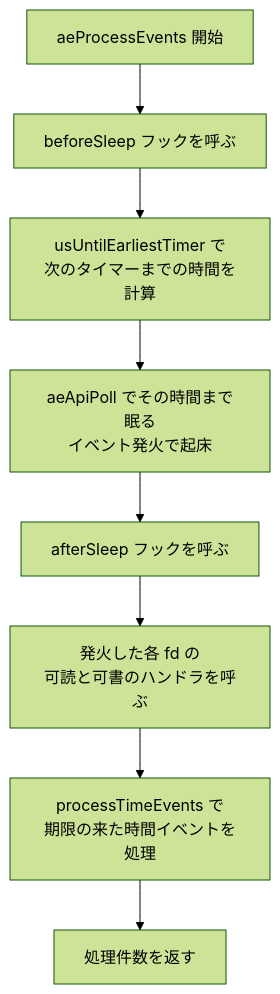
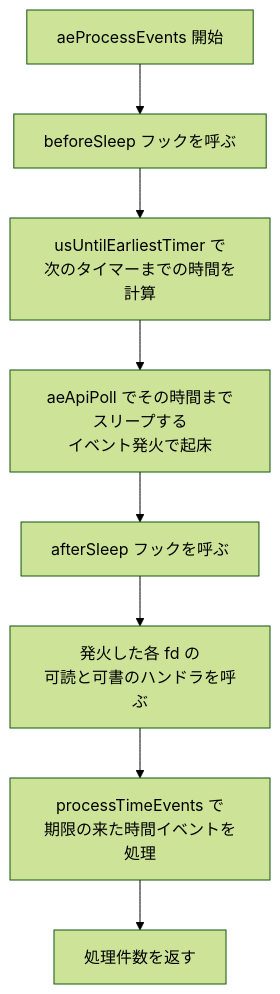
One commit to miyamadoKL/source-code-reading changed the diagram in valkey/part04-server-events/24-event-loop.md. Above: the diagram before and after it, drawn with Mermaid (forest theme). The commit also changed other lines of this file and 4 other files, not shown here.

````diff
--- a/valkey/part04-server-events/24-event-loop.md
+++ b/valkey/part04-server-events/24-event-loop.md
@@ -253,10 +253,10 @@
 ```mermaid
 flowchart TD
     A[aeProcessEvents 開始] --> B[beforeSleep フックを呼ぶ]
     B --> C[usUntilEarliestTimer で<br/>次のタイマーまでの時間を計算]
-    C --> D[aeApiPoll でその時間まで眠る<br/>イベント発火で起床]
+    C --> D[aeApiPoll でその時間までスリープする<br/>イベント発火で起床]
     D --> E[afterSleep フックを呼ぶ]
     E --> F[発火した各 fd の<br/>可読と可書のハンドラを呼ぶ]
     F --> G[processTimeEvents で<br/>期限の来た時間イベントを処理]
     G --> H[処理件数を返す]
 ```
````
